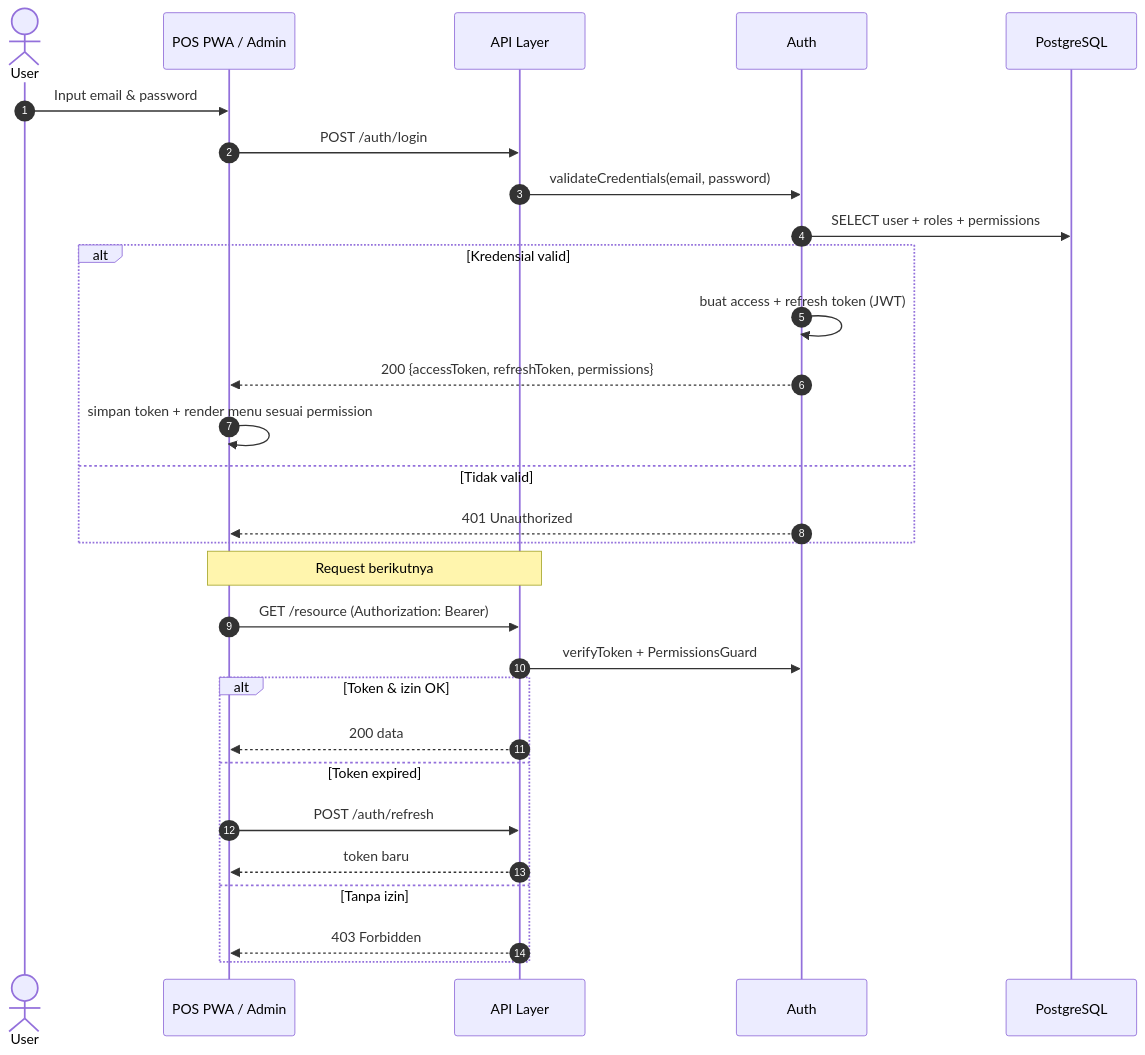
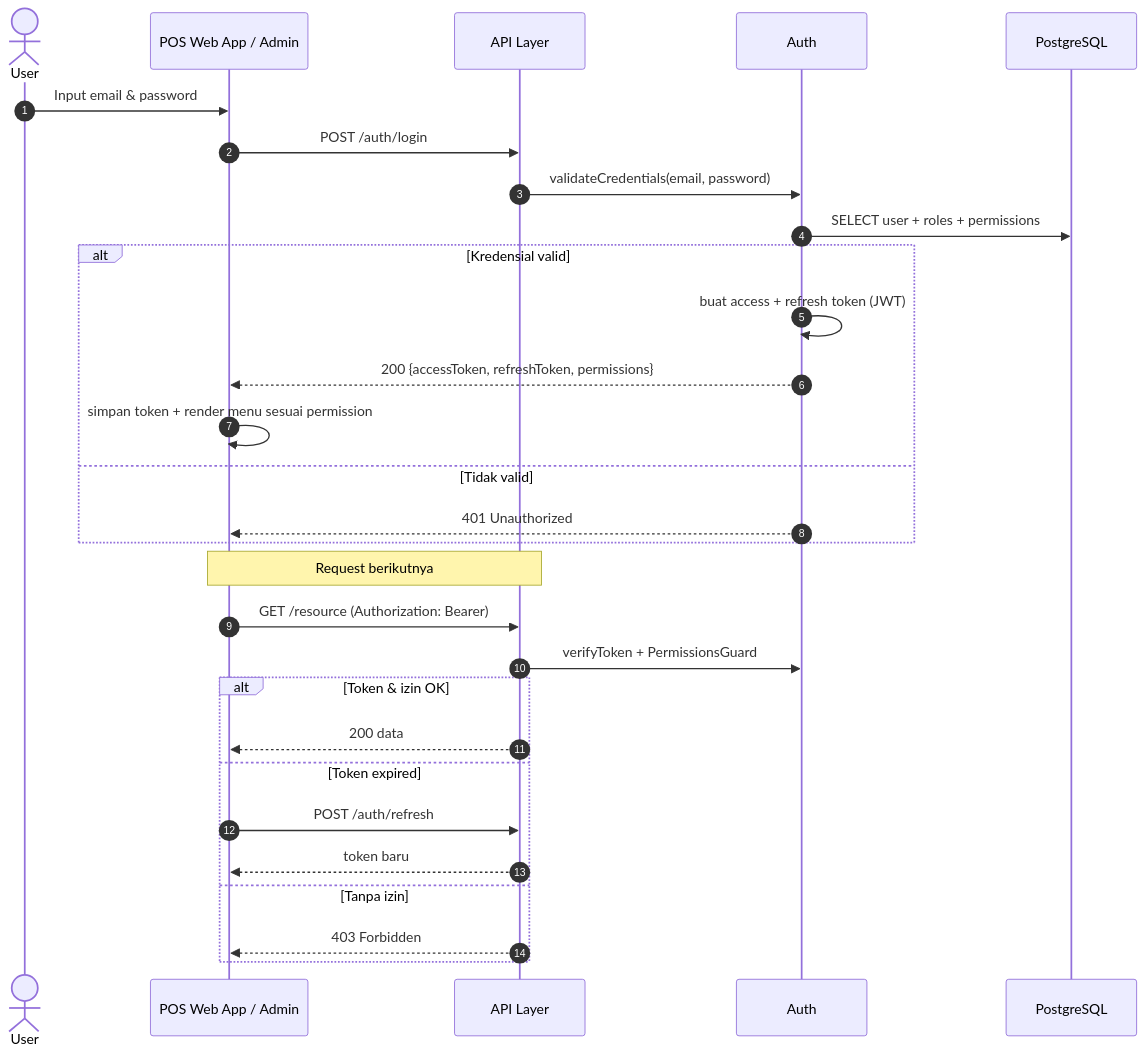
One commit to whaone/POS2026 changed the first of 31 diagrams in Sequence_Diagram.md. Above: the diagram before and after it, drawn with Mermaid. The commit also changed other lines of this file and 3 other files, not shown here.

````diff
--- a/Sequence_Diagram.md
+++ b/Sequence_Diagram.md
@@ -78,33 +78,33 @@
 ```mermaid
 sequenceDiagram
     autonumber
     actor User
-    participant PWA as POS PWA / Admin
+    participant POS as POS Web App / Admin
     participant API as API Layer
     participant AUT as Auth
     participant DB as PostgreSQL
  
-    User->>PWA: Input email & password
-    PWA->>API: POST /auth/login
+    User->>POS: Input email & password
+    POS->>API: POST /auth/login
     API->>AUT: validateCredentials(email, password)
     AUT->>DB: SELECT user + roles + permissions
     alt Kredensial valid
         AUT->>AUT: buat access + refresh token (JWT)
-        AUT-->>PWA: 200 {accessToken, refreshToken, permissions}
-        PWA->>PWA: simpan token + render menu sesuai permission
+        AUT-->>POS: 200 {accessToken, refreshToken, permissions}
+        POS->>POS: simpan token + render menu sesuai permission
     else Tidak valid
-        AUT-->>PWA: 401 Unauthorized
+        AUT-->>POS: 401 Unauthorized
     end
  
-    Note over PWA,API: Request berikutnya
-    PWA->>API: GET /resource (Authorization: Bearer)
+    Note over POS,API: Request berikutnya
+    POS->>API: GET /resource (Authorization: Bearer)
     API->>AUT: verifyToken + PermissionsGuard
     alt Token & izin OK
-        API-->>PWA: 200 data
+        API-->>POS: 200 data
     else Token expired
-        PWA->>API: POST /auth/refresh
-        API-->>PWA: token baru
+        POS->>API: POST /auth/refresh
+        API-->>POS: token baru
     else Tanpa izin
-        API-->>PWA: 403 Forbidden
+        API-->>POS: 403 Forbidden
     end
 ```
````
